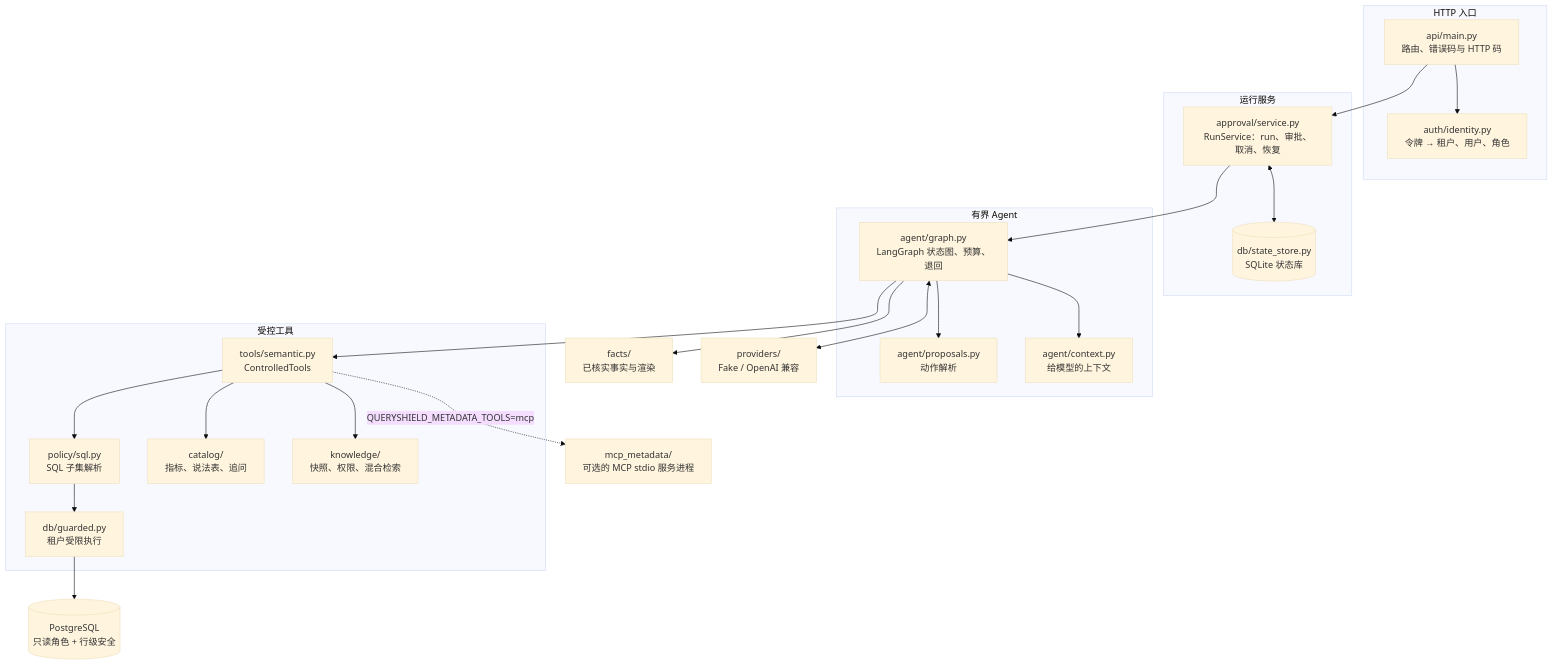
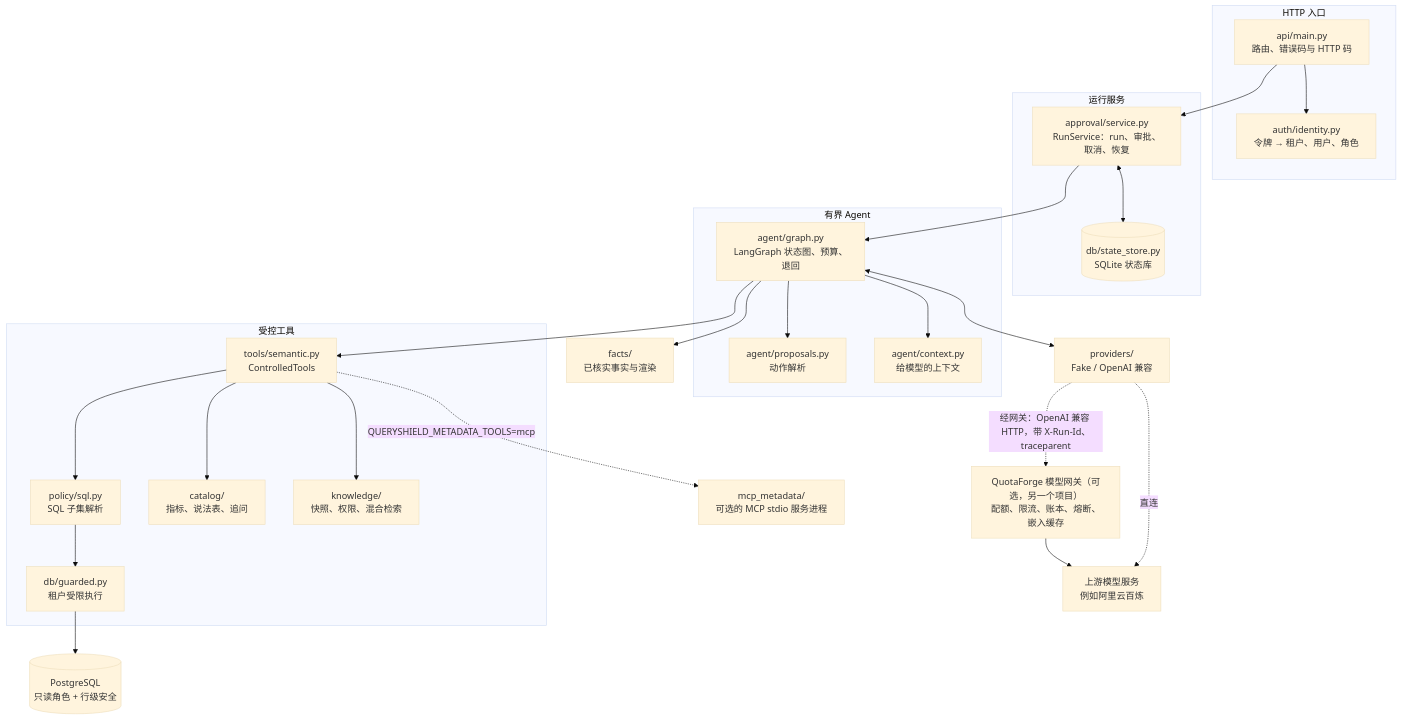
One commit to Jonsonwu0823-coding/queryshield changed the first of 2 diagrams in docs/architecture.md. Above: the diagram before and after it, drawn with Mermaid (base theme). The commit also changed other lines of this file and 35 other files, not shown here.

````diff
--- a/docs/architecture.md
+++ b/docs/architecture.md
@@ -7,41 +7,46 @@
 ```mermaid
 flowchart TB
     subgraph HTTP["HTTP 入口"]
         API["api/main.py<br/>路由、错误码与 HTTP 码"]
         AUTH["auth/identity.py<br/>令牌 → 租户、用户、角色"]
     end
     subgraph RUN["运行服务"]
         SVC["approval/service.py<br/>RunService：run、审批、取消、恢复"]
         STATE[("db/state_store.py<br/>SQLite 状态库")]
     end
     subgraph AGENT["有界 Agent"]
         GRAPH["agent/graph.py<br/>LangGraph 状态图、预算、退回"]
         PROP["agent/proposals.py<br/>动作解析"]
         CTX["agent/context.py<br/>给模型的上下文"]
     end
     subgraph TOOLS["受控工具"]
         SEM["tools/semantic.py<br/>ControlledTools"]
         POL["policy/sql.py<br/>SQL 子集解析"]
         EXE["db/guarded.py<br/>租户受限执行"]
         CAT["catalog/<br/>指标、说法表、追问"]
         KN["knowledge/<br/>快照、权限、混合检索"]
     end
     FACTS["facts/<br/>已核实事实与渲染"]
     MODEL["providers/<br/>Fake / OpenAI 兼容"]
+    QF["QuotaForge 模型网关（可选，另一个项目）<br/>配额、限流、账本、熔断、嵌入缓存"]
+    UP["上游模型服务<br/>例如阿里云百炼"]
     MCPS["mcp_metadata/<br/>可选的 MCP stdio 服务进程"]
     PG[("PostgreSQL<br/>只读角色 + 行级安全")]
 
     API --> AUTH
     API --> SVC
     SVC <--> STATE
     SVC --> GRAPH
     GRAPH --> PROP
     GRAPH --> CTX
     GRAPH <--> MODEL
     GRAPH --> SEM
     GRAPH --> FACTS
     SEM --> POL --> EXE --> PG
     SEM --> CAT
     SEM --> KN
     SEM -. "QUERYSHIELD_METADATA_TOOLS=mcp" .-> MCPS
+    MODEL -. "经网关：OpenAI 兼容 HTTP，带 X-Run-Id、traceparent" .-> QF
+    QF --> UP
+    MODEL -. "直连" .-> UP
 ```
````
